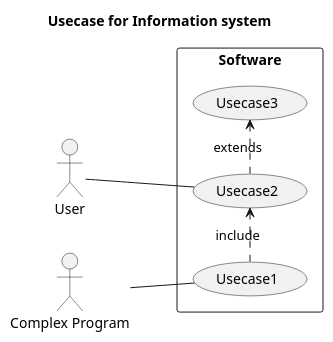
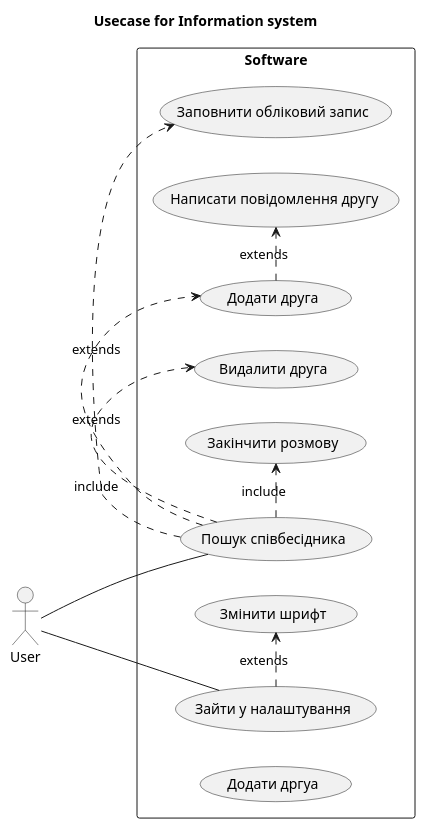
The diagram in 2-SoftwareDesign/2.7-PlantUML/UML-UseCase.puml (oleksandrblazhko/ai-212-shabelskij), drawn with PlantUML before and after one commit.

```diff
--- a/2-SoftwareDesign/2.7-PlantUML/UML-UseCase.puml
+++ b/2-SoftwareDesign/2.7-PlantUML/UML-UseCase.puml
@@ -1,22 +1,30 @@
 @startuml
 
 title Usecase for Information system
 
 left to right direction
 
 actor User
-actor :Complex Program:
 
 rectangle Software {
 
-    usecase (Usecase1)
-    usecase (Usecase2)
-    usecase (Usecase3)
+    usecase (Пошук співбесідника)
+    usecase (Зайти у налаштування)
+    usecase (Видалити друга)
+    usecase (Додати дргуа)
+    usecase (Закінчити розмову)
+    usecase (Заповнити обліковий запис)
+    usecase (Написати повідомлення другу)
+    usecase (Змінити шрифт)
 
-   :Complex Program: -- (Usecase1)
-   (Usecase1) .> (Usecase2) : include
-   (Usecase2) .> (Usecase3) : extends
-   User -- (Usecase2)
+   (Пошук співбесідника) .> (Заповнити обліковий запис) : include
+   (Пошук співбесідника) .> (Додати друга) : extends
+   (Пошук співбесідника) .> (Видалити друга) : extends
+   (Пошук співбесідника) .> (Закінчити розмову) : include
+   (Додати друга) .> (Написати повідомлення другу) : extends
+   (Зайти у налаштування) .> (Змінити шрифт) : extends
+   User -- (Зайти у налаштування)
+   User -- (Пошук співбесідника)
 }
 
 @enduml
```
